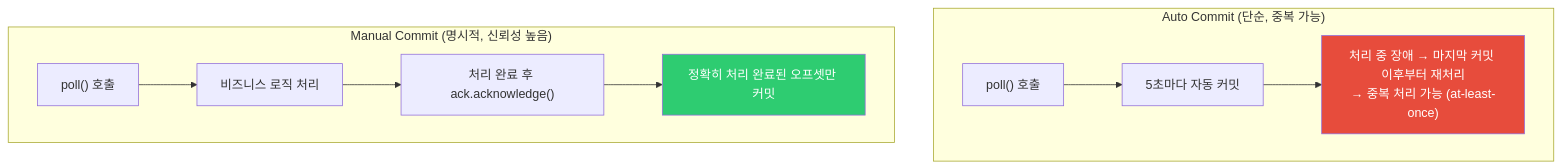
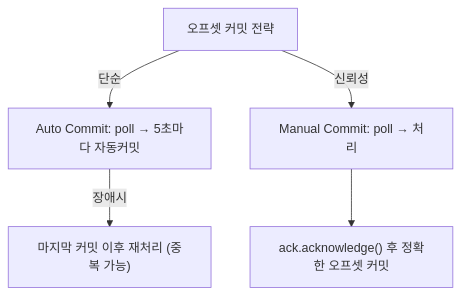
The fourth of 7 diagrams in _posts/kafka/2026-05-01-kafka-consumer-deep.md (yjkim2015/yjkim2015.github.io), drawn with Mermaid before and after one commit. The commit also changed other lines of this file and 215 other files, not shown here.

First line of the commit message:
신규 포스트 10개 추가 + Mermaid 전면 축소 + SystemDesign 시리즈 보강

````diff
--- a/_posts/kafka/2026-05-01-kafka-consumer-deep.md
+++ b/_posts/kafka/2026-05-01-kafka-consumer-deep.md
@@ -242,20 +210,10 @@
 ```mermaid
 graph TD
-    subgraph "Auto Commit (단순, 중복 가능)"
-        A1["poll() 호출"]
-        A2["5초마다 자동 커밋"]
-        A3["처리 중 장애 → 마지막 커밋 이후부터 재처리\n→ 중복 처리 가능 (at-least-once)"]
-        A1 --> A2 --> A3
-    end
-
-    subgraph "Manual Commit (명시적, 신뢰성 높음)"
-        M1["poll() 호출"]
-        M2["비즈니스 로직 처리"]
-        M3["처리 완료 후 ack.acknowledge()"]
-        M4["정확히 처리 완료된 오프셋만 커밋"]
-        M1 --> M2 --> M3 --> M4
-    end
-
-    style A3 fill:#e74c3c,color:#fff
-    style M4 fill:#2ecc71,color:#fff
+    AC["Auto Commit: poll → 5초마다 자동커밋"]
+    AC -->|"장애시"| ACR["마지막 커밋 이후 재처리 (중복 가능)"]
+    MC["Manual Commit: poll → 처리"]
+    MC --> MCR["ack.acknowledge() 후 정확한 오프셋 커밋"]
+    COMMIT["오프셋 커밋 전략"]
+    COMMIT -->|"단순"| AC
+    COMMIT -->|"신뢰성"| MC
 ```
````
